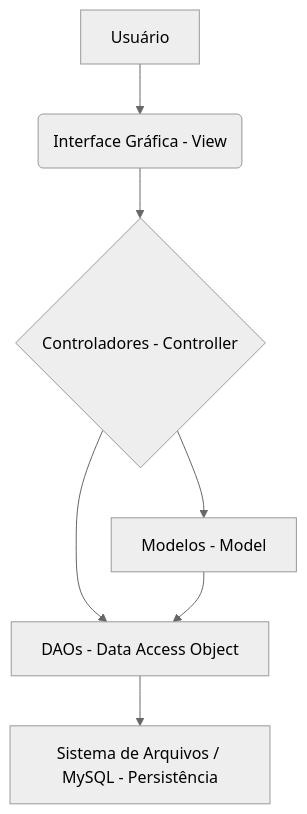
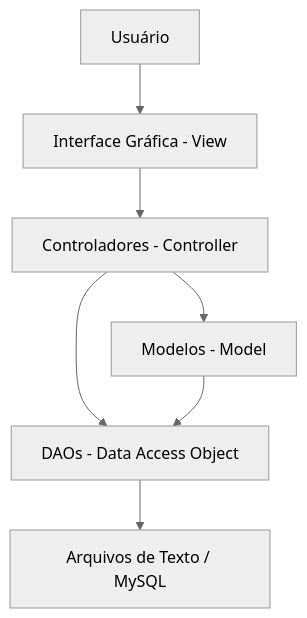
The second of 2 diagrams in README.md (Sidney-Emanuel-Oliveira/SistemaDeFrotas-PI), drawn with Mermaid (neutral theme) before and after one commit. The commit also changed other lines of this file, not shown here.

````diff
--- a/README.md
+++ b/README.md
@@ -163,9 +157,9 @@
 ```mermaid
 graph TD
-    A[Usuário] --> B(Interface Gráfica - View);
-    B --> C{Controladores - Controller};
-    C --> D[Modelos - Model];
-    C --> E[DAOs - Data Access Object];
-    D --> E;
-    E --> F[Sistema de Arquivos / MySQL - Persistência];
+    User[Usuário] --> View[Interface Gráfica - View]
+    View --> Controller[Controladores - Controller]
+    Controller --> Model[Modelos - Model]
+    Controller --> DAO[DAOs - Data Access Object]
+    Model --> DAO
+    DAO --> Storage[Arquivos de Texto / MySQL]
 ```
````
